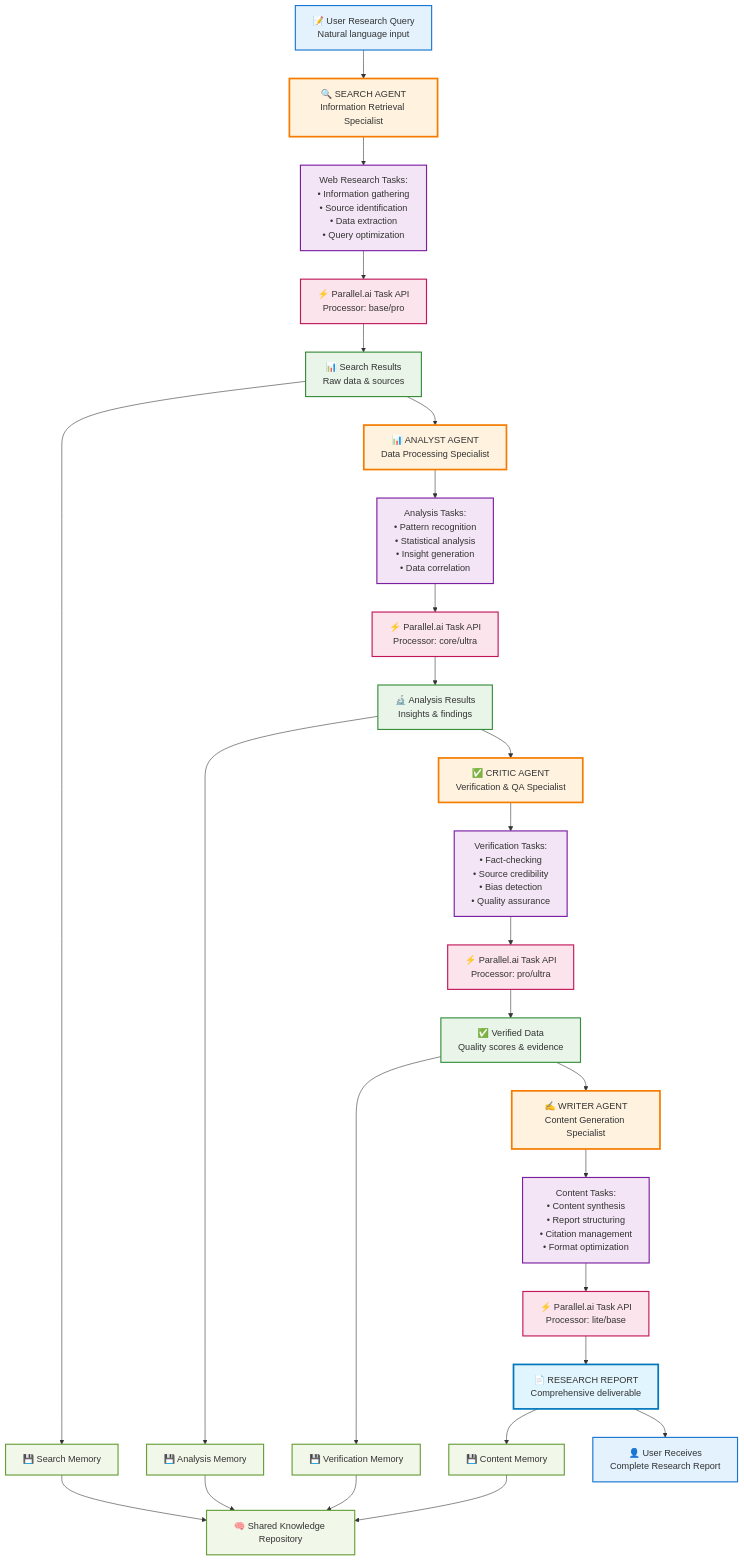
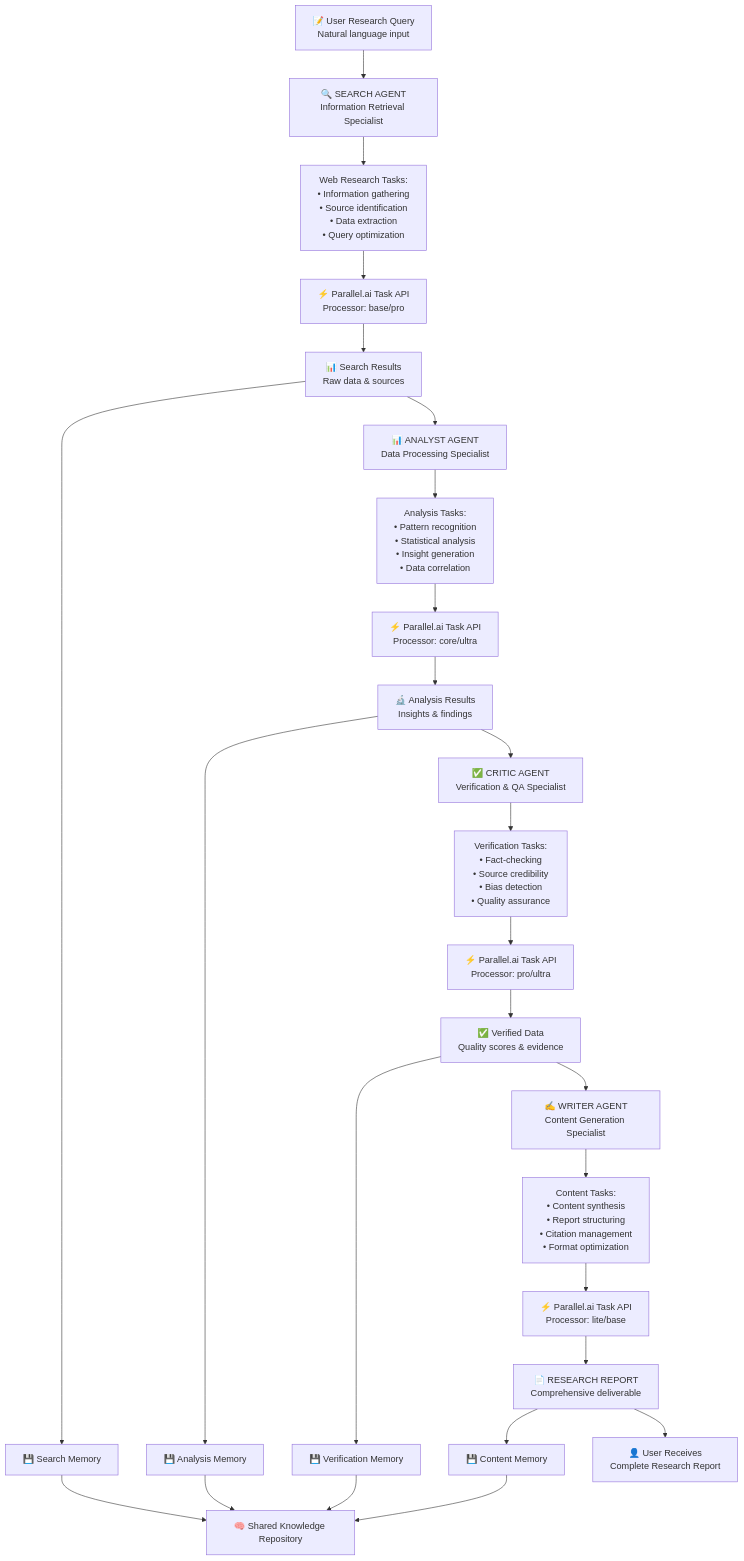
The second of 5 diagrams in ARCHITECTURE.md (m0-divdev/deep_research_agent), drawn with Mermaid before and after one commit. The commit also changed other lines of this file, not shown here.

Commit message:
feat: Diagram additon (mermaid)

````diff
--- a/ARCHITECTURE.md
+++ b/ARCHITECTURE.md
@@ -74,60 +57,43 @@
 ```mermaid
 flowchart TD
     %% Input
     Query[📝 User Research Query<br/>Natural language input] --> Search
     
     %% Step 1: Search Agent
     Search[🔍 SEARCH AGENT<br/>Information Retrieval Specialist]
     Search --> SearchTasks[Web Research Tasks:<br/>• Information gathering<br/>• Source identification<br/>• Data extraction<br/>• Query optimization]
     SearchTasks --> SearchAPI[⚡ Parallel.ai Task API<br/>Processor: base/pro]
     SearchAPI --> SearchResults[📊 Search Results<br/>Raw data & sources]
     
     %% Step 2: Analyst Agent  
     SearchResults --> Analysis[📊 ANALYST AGENT<br/>Data Processing Specialist]
     Analysis --> AnalysisTasks[Analysis Tasks:<br/>• Pattern recognition<br/>• Statistical analysis<br/>• Insight generation<br/>• Data correlation]
     AnalysisTasks --> AnalysisAPI[⚡ Parallel.ai Task API<br/>Processor: core/ultra]
     AnalysisAPI --> AnalysisResults[🔬 Analysis Results<br/>Insights & findings]
     
     %% Step 3: Critic Agent
     AnalysisResults --> Verification[✅ CRITIC AGENT<br/>Verification & QA Specialist]
     Verification --> VerificationTasks[Verification Tasks:<br/>• Fact-checking<br/>• Source credibility<br/>• Bias detection<br/>• Quality assurance]
     VerificationTasks --> VerificationAPI[⚡ Parallel.ai Task API<br/>Processor: pro/ultra]
     VerificationAPI --> VerificationResults[✅ Verified Data<br/>Quality scores & evidence]
     
     %% Step 4: Writer Agent
     VerificationResults --> Writing[✍️ WRITER AGENT<br/>Content Generation Specialist]
     Writing --> WritingTasks[Content Tasks:<br/>• Content synthesis<br/>• Report structuring<br/>• Citation management<br/>• Format optimization]
     WritingTasks --> WritingAPI[⚡ Parallel.ai Task API<br/>Processor: lite/base]
     WritingAPI --> FinalReport[📄 RESEARCH REPORT<br/>Comprehensive deliverable]
     
     %% Memory Storage (parallel to main flow)
     SearchResults --> SearchMem[💾 Search Memory]
     AnalysisResults --> AnalysisMem[💾 Analysis Memory]
     VerificationResults --> VerificationMem[💾 Verification Memory]
     FinalReport --> ContentMem[💾 Content Memory]
     
     SearchMem --> SharedKnowledge[🧠 Shared Knowledge Repository]
     AnalysisMem --> SharedKnowledge
     VerificationMem --> SharedKnowledge
     ContentMem --> SharedKnowledge
     
     %% Final Output
     FinalReport --> UserOutput[👤 User Receives<br/>Complete Research Report]
-    
-    %% Styling
-    classDef inputClass fill:#e3f2fd,stroke:#1976d2,stroke-width:2px
-    classDef agentClass fill:#fff3e0,stroke:#f57c00,stroke-width:3px
-    classDef taskClass fill:#f3e5f5,stroke:#7b1fa2,stroke-width:2px
-    classDef apiClass fill:#fce4ec,stroke:#c2185b,stroke-width:2px
-    classDef resultClass fill:#e8f5e8,stroke:#388e3c,stroke-width:2px
-    classDef memoryClass fill:#f1f8e9,stroke:#689f38,stroke-width:2px
-    classDef outputClass fill:#e1f5fe,stroke:#0277bd,stroke-width:3px
-    
-    class Query,UserOutput inputClass
-    class Search,Analysis,Verification,Writing agentClass
-    class SearchTasks,AnalysisTasks,VerificationTasks,WritingTasks taskClass
-    class SearchAPI,AnalysisAPI,VerificationAPI,WritingAPI apiClass
-    class SearchResults,AnalysisResults,VerificationResults,FinalReport resultClass
-    class SearchMem,AnalysisMem,VerificationMem,ContentMem,SharedKnowledge memoryClass
-    class FinalReport outputClass
 ```
````
